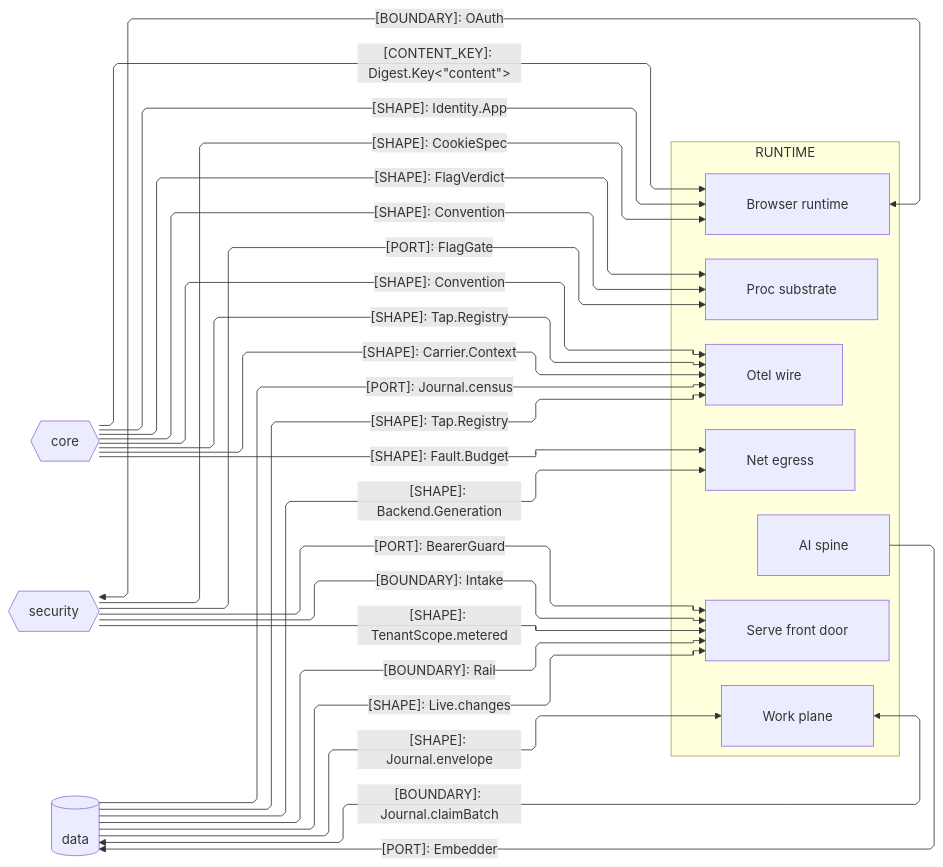
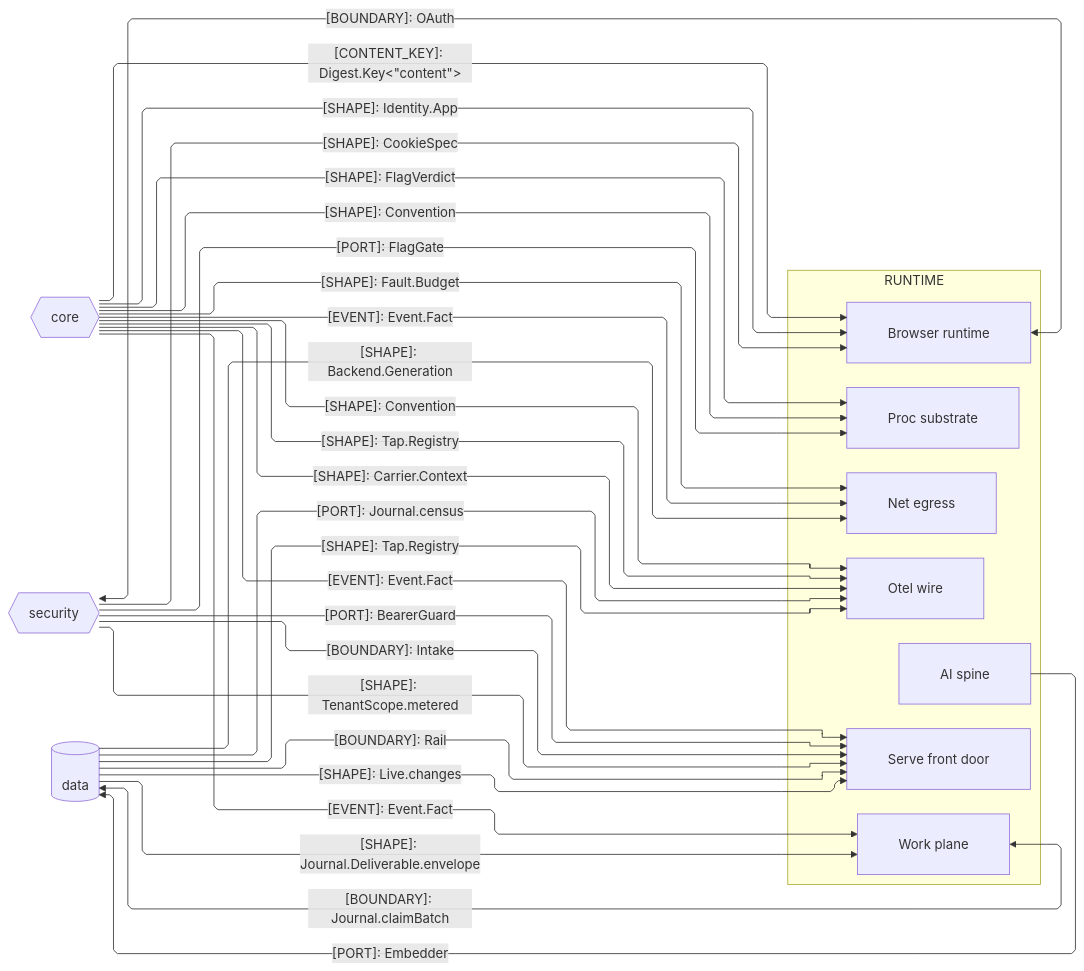
The second of 4 diagrams in libs/typescript/runtime/ARCHITECTURE.md (bsamiee/Rasm), drawn with Mermaid before and after one commit. The commit also changed other lines of this file and 509 other files, not shown here.

````diff
--- a/libs/typescript/runtime/ARCHITECTURE.md
+++ b/libs/typescript/runtime/ARCHITECTURE.md
@@ -113,46 +114,49 @@
 ```mermaid
 ---
 config:
   layout: elk
   flowchart:
     curve: linear
     padding: 25
 ---
 flowchart LR
     accTitle: Runtime domain-peer seam registry
     accDescr: Runtime owners exchanging flag, budget, convention, identity, custody, and tap shapes with the core, security, and data peers.
     subgraph runtime[RUNTIME]
         Proc[Proc substrate]
         Net[Net egress]
         Otel[Otel wire]
         Browser[Browser runtime]
         Serve[Serve front door]
         Work[Work plane]
         Ai[AI spine]
     end
     Core{{core}}
     Security{{security}}
     Data[(data)]
     Core e1@-->|"[SHAPE]: FlagVerdict"| Proc
     Core e2@-->|"[SHAPE]: Fault.Budget"| Net
     Core e3@-->|"[SHAPE]: Convention"| Otel
     Core e4@-->|"[CONTENT_KEY]: Digest.Key&lt;&quot;content&quot;&gt;"| Browser
     Core e14@-->|"[SHAPE]: Identity.App"| Browser
     Security e5@-->|"[SHAPE]: CookieSpec"| Browser
     Browser e6@<-->|"[BOUNDARY]: OAuth"| Security
     Security e7@-->|"[PORT]: BearerGuard"| Serve
     Security e8@-->|"[BOUNDARY]: Intake"| Serve
     Security e13@-->|"[PORT]: FlagGate"| Proc
     Data e9@-->|"[BOUNDARY]: Rail"| Serve
     Data e10@-->|"[SHAPE]: Live.changes"| Serve
     Work e11@<-->|"[BOUNDARY]: Journal.claimBatch"| Data
     Ai e12@-->|"[PORT]: Embedder"| Data
     Data e15@-->|"[PORT]: Journal.census"| Otel
     Security e16@-->|"[SHAPE]: TenantScope.metered"| Serve
     Core e17@-->|"[SHAPE]: Tap.Registry"| Otel
     Data e18@-->|"[SHAPE]: Tap.Registry"| Otel
-    Data e20@-->|"[SHAPE]: Journal.envelope"| Work
+    Data e20@-->|"[SHAPE]: Journal.Deliverable.envelope"| Work
     Core e21@-->|"[SHAPE]: Carrier.Context"| Otel
     Data e22@-->|"[SHAPE]: Backend.Generation"| Net
     Core e23@-->|"[SHAPE]: Convention"| Proc
+    Core e24@-->|"[EVENT]: Event.Fact"| Net
+    Core e25@-->|"[EVENT]: Event.Fact"| Serve
+    Core e26@-->|"[EVENT]: Event.Fact"| Work
 ```
````
